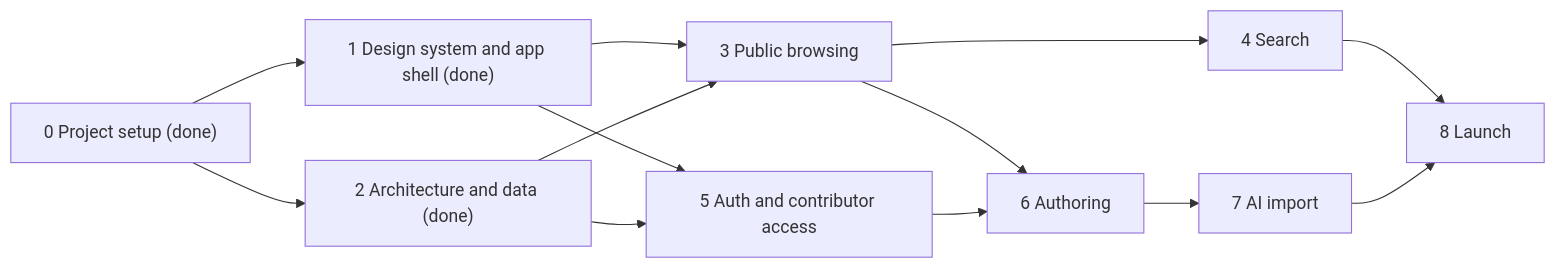
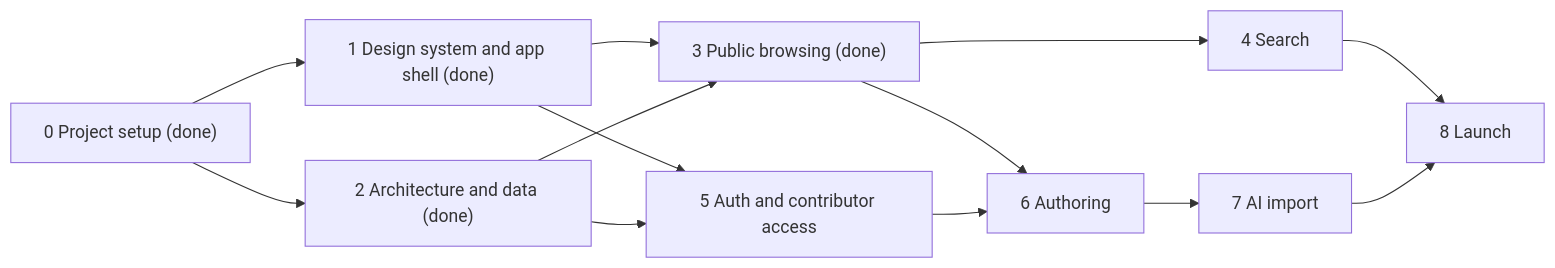
Before and after one commit to jaARke/recipe-hub: the diagram in ROADMAP.md, drawn with Mermaid. The commit also changed other lines of this file and 1 other file, not shown here.

Commit message:
Record Session 3 in the roadmap and README

````diff
--- a/ROADMAP.md
+++ b/ROADMAP.md
@@ -395,15 +474,15 @@
 ```mermaid
 flowchart LR
 	S0["0 Project setup (done)"] --> S1["1 Design system and app shell (done)"]
 	S0 --> S2["2 Architecture and data (done)"]
-	S1 --> S3["3 Public browsing"]
+	S1 --> S3["3 Public browsing (done)"]
 	S2 --> S3
 	S3 --> S4["4 Search"]
 	S1 --> S5["5 Auth and contributor access"]
 	S2 --> S5
 	S3 --> S6["6 Authoring"]
 	S5 --> S6
 	S6 --> S7["7 AI import"]
 	S4 --> S8["8 Launch"]
 	S7 --> S8
 ```
````
